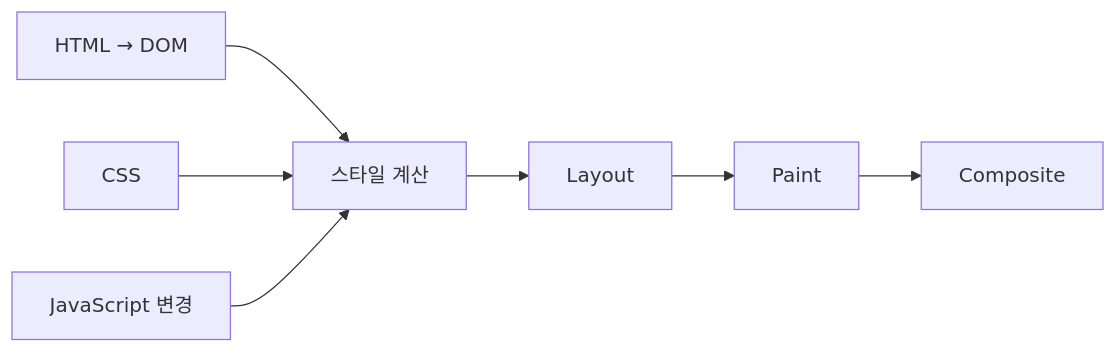
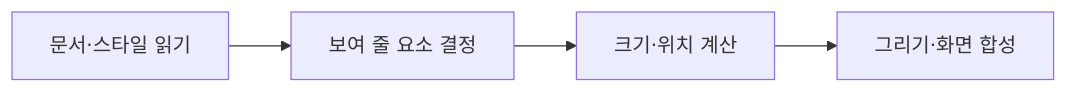
The diagram in content/topics/browser-rendering.md (moocongpapa/it-study), drawn with Mermaid before and after one commit. The commit also changed other lines of this file and 71 other files, not shown here.

````diff
--- a/content/topics/browser-rendering.md
+++ b/content/topics/browser-rendering.md
@@ -6,7 +20,4 @@
 ```mermaid
 flowchart LR
-  H["HTML → DOM"] --> S["스타일 계산"]
-  C["CSS"] --> S
-  S --> L["Layout"] --> P["Paint"] --> O["Composite"]
-  J["JavaScript 변경"] --> S
+ A["문서·스타일 읽기"] --> B["보여 줄 요소 결정"] --> C["크기·위치 계산"] --> D["그리기·화면 합성"]
 ```
````
